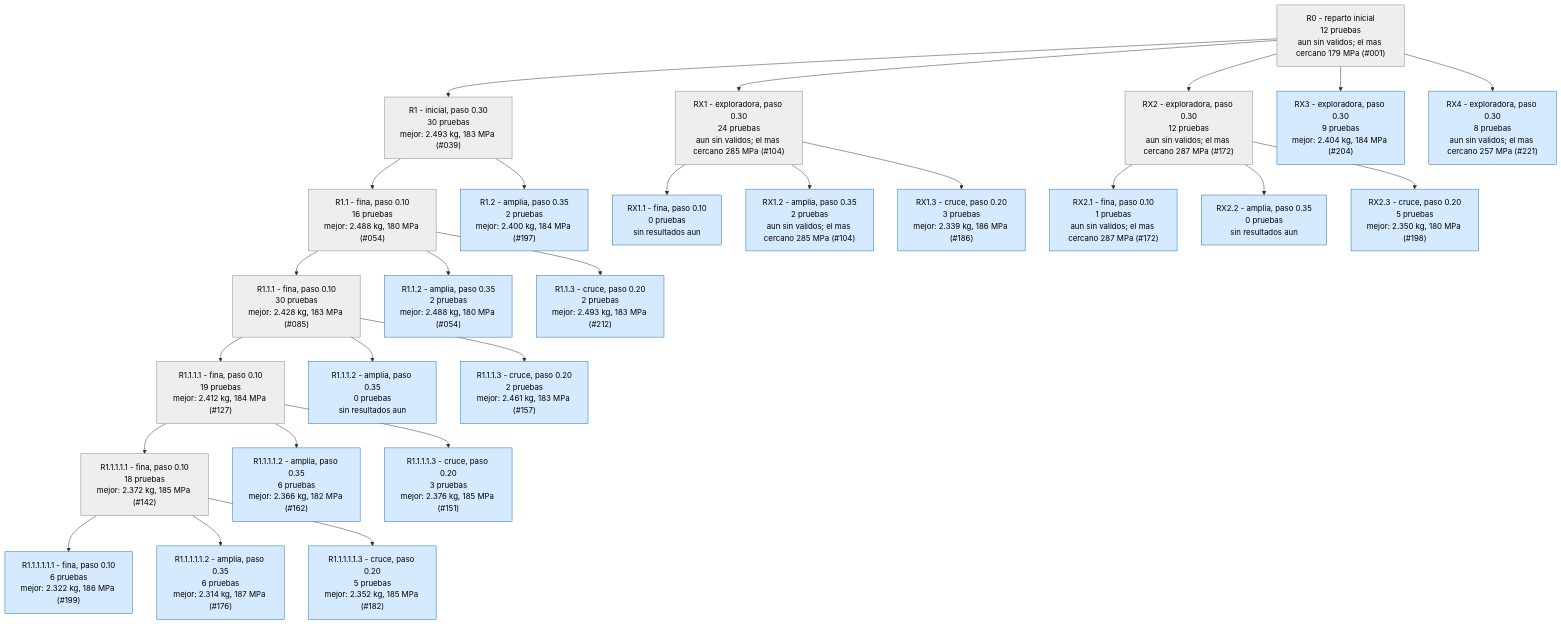
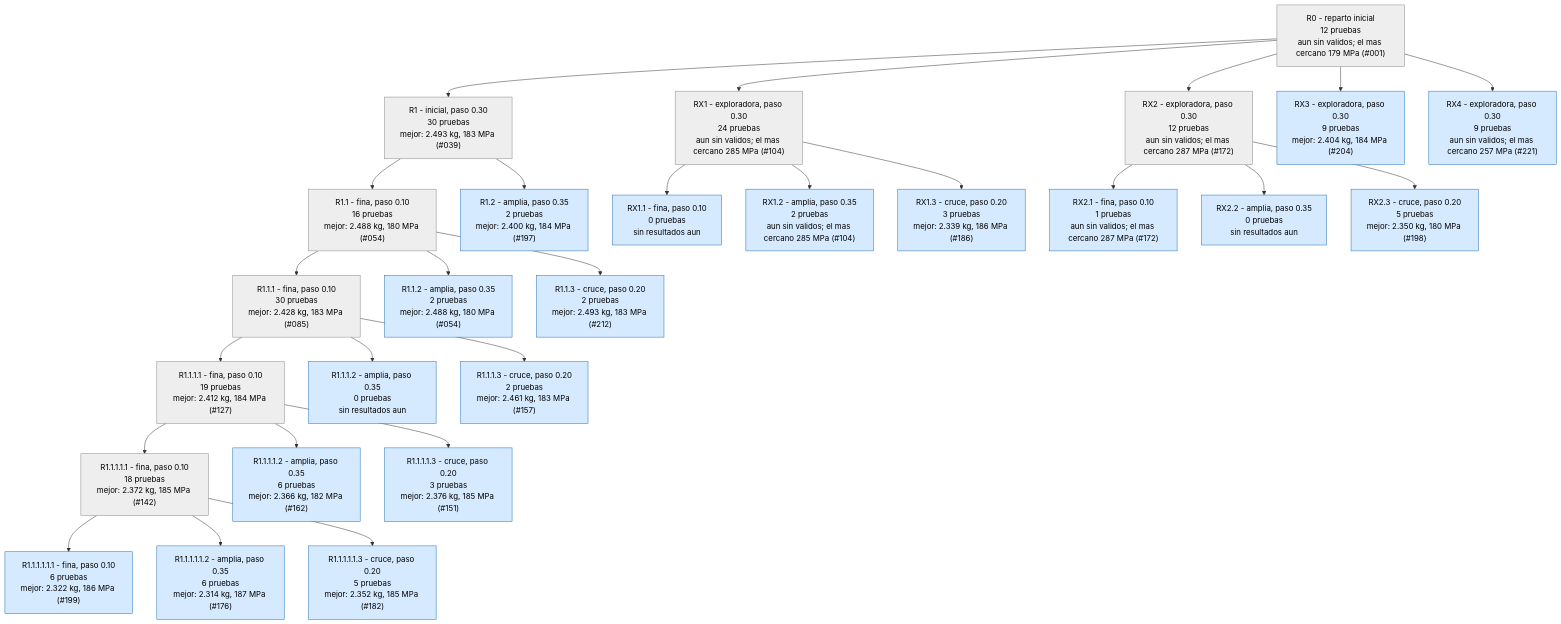
One commit to Hugiko/msd-soporte-optimizacion changed the second of 4 diagrams in runs/opt_37800N/ARBOL.md. Above: the diagram before and after it, drawn with Mermaid. The commit also changed 14 other files, not shown here.

````diff
--- a/runs/opt_37800N/ARBOL.md
+++ b/runs/opt_37800N/ARBOL.md
@@ -59,57 +59,57 @@
 ```mermaid
 graph TD
 classDef activa fill:#d6eaff,stroke:#1f6fb5,color:#000
 classDef fin fill:#eeeeee,stroke:#888,color:#000
 classDef mejor fill:#c8f0c0,stroke:#1a9850,stroke-width:4px,color:#000
 R0["R0 - reparto inicial<br/>12 pruebas<br/>aun sin validos; el mas cercano 179 MPa (#001)"]:::fin
 R1["R1 - inicial, paso 0.30<br/>30 pruebas<br/>mejor: 2.493 kg, 183 MPa (#039)"]:::fin
 R0 --> R1
 R1_1["R1.1 - fina, paso 0.10<br/>16 pruebas<br/>mejor: 2.488 kg, 180 MPa (#054)"]:::fin
 R1 --> R1_1
 R1_2["R1.2 - amplia, paso 0.35<br/>2 pruebas<br/>mejor: 2.400 kg, 184 MPa (#197)"]:::activa
 R1 --> R1_2
 R1_1_1["R1.1.1 - fina, paso 0.10<br/>30 pruebas<br/>mejor: 2.428 kg, 183 MPa (#085)"]:::fin
 R1_1 --> R1_1_1
 R1_1_2["R1.1.2 - amplia, paso 0.35<br/>2 pruebas<br/>mejor: 2.488 kg, 180 MPa (#054)"]:::activa
 R1_1 --> R1_1_2
 R1_1_3["R1.1.3 - cruce, paso 0.20<br/>2 pruebas<br/>mejor: 2.493 kg, 183 MPa (#212)"]:::activa
 R1_1 --> R1_1_3
 R1_1_1_1["R1.1.1.1 - fina, paso 0.10<br/>19 pruebas<br/>mejor: 2.412 kg, 184 MPa (#127)"]:::fin
 R1_1_1 --> R1_1_1_1
 R1_1_1_2["R1.1.1.2 - amplia, paso 0.35<br/>0 pruebas<br/>sin resultados aun"]:::activa
 R1_1_1 --> R1_1_1_2
 R1_1_1_3["R1.1.1.3 - cruce, paso 0.20<br/>2 pruebas<br/>mejor: 2.461 kg, 183 MPa (#157)"]:::activa
 R1_1_1 --> R1_1_1_3
 RX1["RX1 - exploradora, paso 0.30<br/>24 pruebas<br/>aun sin validos; el mas cercano 285 MPa (#104)"]:::fin
 R0 --> RX1
 RX1_1["RX1.1 - fina, paso 0.10<br/>0 pruebas<br/>sin resultados aun"]:::activa
 RX1 --> RX1_1
 RX1_2["RX1.2 - amplia, paso 0.35<br/>2 pruebas<br/>aun sin validos; el mas cercano 285 MPa (#104)"]:::activa
 RX1 --> RX1_2
 RX1_3["RX1.3 - cruce, paso 0.20<br/>3 pruebas<br/>mejor: 2.339 kg, 186 MPa (#186)"]:::activa
 RX1 --> RX1_3
 R1_1_1_1_1["R1.1.1.1.1 - fina, paso 0.10<br/>18 pruebas<br/>mejor: 2.372 kg, 185 MPa (#142)"]:::fin
 R1_1_1_1 --> R1_1_1_1_1
 R1_1_1_1_2["R1.1.1.1.2 - amplia, paso 0.35<br/>6 pruebas<br/>mejor: 2.366 kg, 182 MPa (#162)"]:::activa
 R1_1_1_1 --> R1_1_1_1_2
 R1_1_1_1_3["R1.1.1.1.3 - cruce, paso 0.20<br/>3 pruebas<br/>mejor: 2.376 kg, 185 MPa (#151)"]:::activa
 R1_1_1_1 --> R1_1_1_1_3
 R1_1_1_1_1_1["R1.1.1.1.1.1 - fina, paso 0.10<br/>6 pruebas<br/>mejor: 2.322 kg, 186 MPa (#199)"]:::activa
 R1_1_1_1_1 --> R1_1_1_1_1_1
 R1_1_1_1_1_2["R1.1.1.1.1.2 - amplia, paso 0.35<br/>6 pruebas<br/>mejor: 2.314 kg, 187 MPa (#176)"]:::activa
 R1_1_1_1_1 --> R1_1_1_1_1_2
 R1_1_1_1_1_3["R1.1.1.1.1.3 - cruce, paso 0.20<br/>5 pruebas<br/>mejor: 2.352 kg, 185 MPa (#182)"]:::activa
 R1_1_1_1_1 --> R1_1_1_1_1_3
 RX2["RX2 - exploradora, paso 0.30<br/>12 pruebas<br/>aun sin validos; el mas cercano 287 MPa (#172)"]:::fin
 R0 --> RX2
 RX2_1["RX2.1 - fina, paso 0.10<br/>1 pruebas<br/>aun sin validos; el mas cercano 287 MPa (#172)"]:::activa
 RX2 --> RX2_1
 RX2_2["RX2.2 - amplia, paso 0.35<br/>0 pruebas<br/>sin resultados aun"]:::activa
 RX2 --> RX2_2
 RX2_3["RX2.3 - cruce, paso 0.20<br/>5 pruebas<br/>mejor: 2.350 kg, 180 MPa (#198)"]:::activa
 RX2 --> RX2_3
 RX3["RX3 - exploradora, paso 0.30<br/>9 pruebas<br/>mejor: 2.404 kg, 184 MPa (#204)"]:::activa
 R0 --> RX3
-RX4["RX4 - exploradora, paso 0.30<br/>8 pruebas<br/>aun sin validos; el mas cercano 257 MPa (#221)"]:::activa
+RX4["RX4 - exploradora, paso 0.30<br/>9 pruebas<br/>aun sin validos; el mas cercano 257 MPa (#221)"]:::activa
 R0 --> RX4
 ```
````
